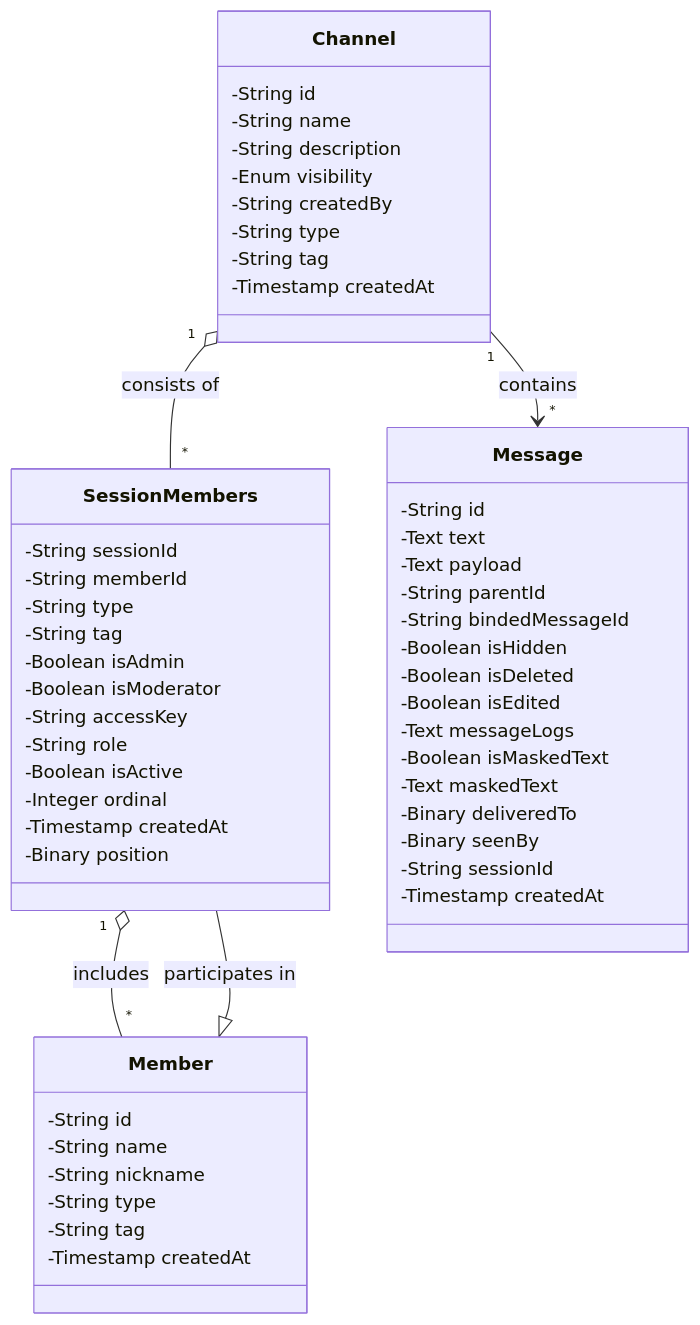
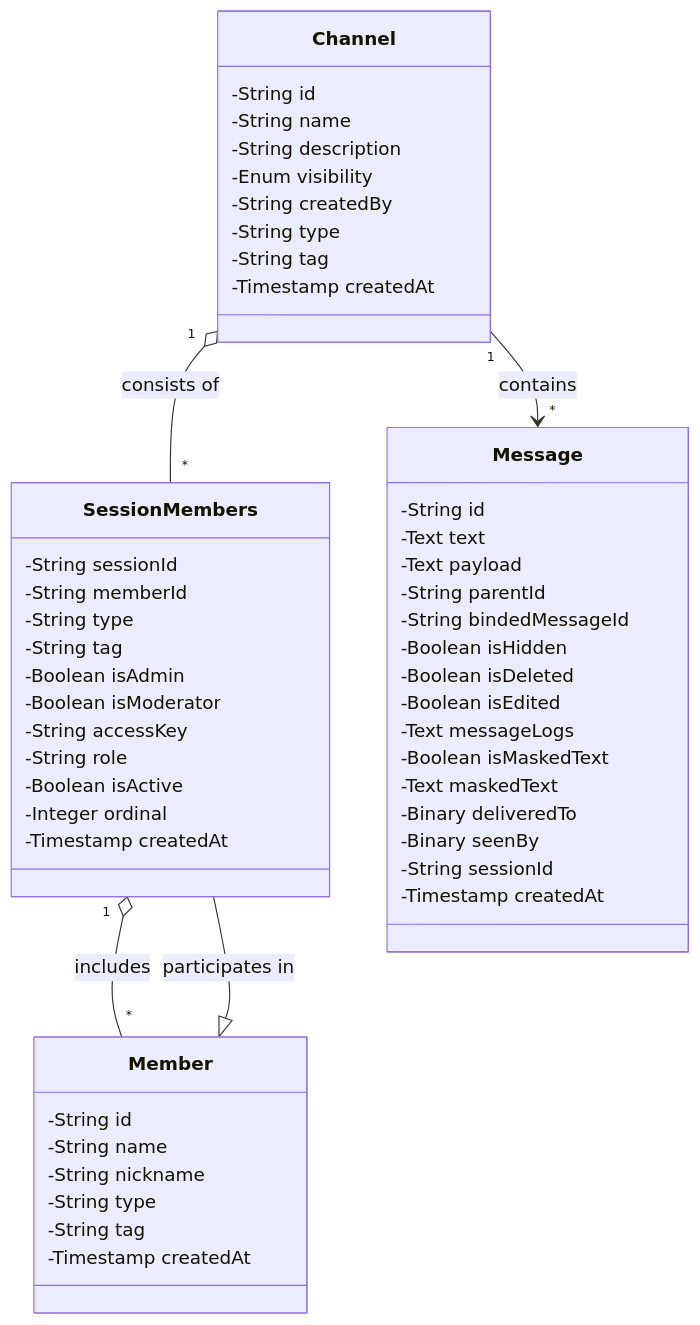
The diagram in documentation/UML_Class_Diagram.mmd (oudaykhaled/chat-service), drawn with Mermaid before and after one commit.

```diff
--- a/documentation/UML_Class_Diagram.mmd
+++ b/documentation/UML_Class_Diagram.mmd
@@ -1,58 +1,57 @@
 classDiagram
     class Channel {
         -String id
         -String name
         -String description
         -Enum visibility
         -String createdBy
         -String type
         -String tag
         -Timestamp createdAt
     }
 
     class Member {
         -String id
         -String name
         -String nickname
         -String type
         -String tag
         -Timestamp createdAt
     }
 
     class SessionMembers {
         -String sessionId
         -String memberId
         -String type
         -String tag
         -Boolean isAdmin
         -Boolean isModerator
         -String accessKey
         -String role
         -Boolean isActive
         -Integer ordinal
         -Timestamp createdAt
-        -Binary position
     }
 
     class Message {
         -String id
         -Text text
         -Text payload
         -String parentId
         -String bindedMessageId
         -Boolean isHidden
         -Boolean isDeleted
         -Boolean isEdited
         -Text messageLogs
         -Boolean isMaskedText
         -Text maskedText
         -Binary deliveredTo
         -Binary seenBy
         -String sessionId
         -Timestamp createdAt
     }
 
     Channel "1" o-- "*" SessionMembers : consists of
     SessionMembers "1" o-- "*" Member : includes
     Channel "1" --> "*" Message : contains
     Member <|-- SessionMembers : participates in
```
